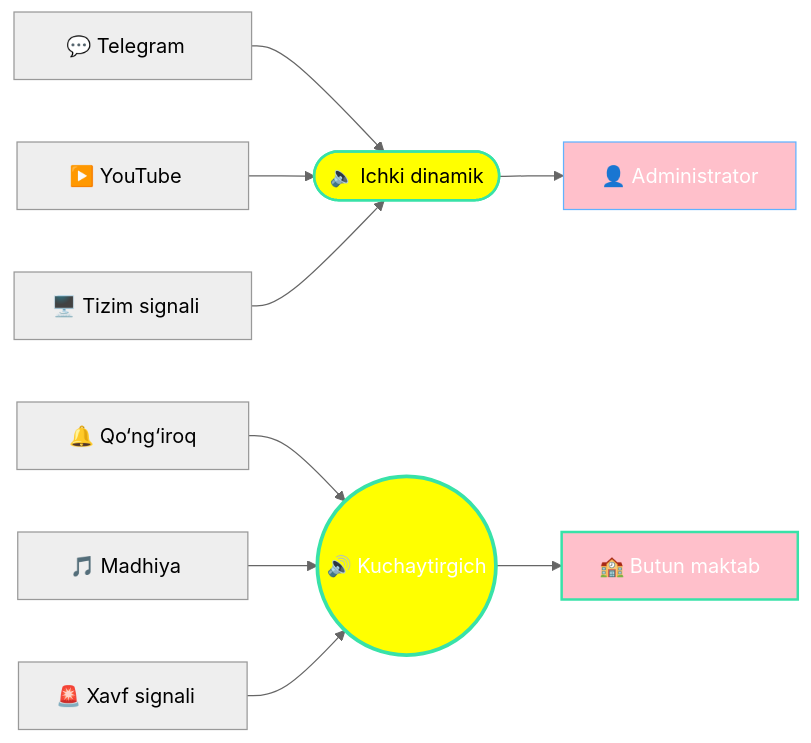
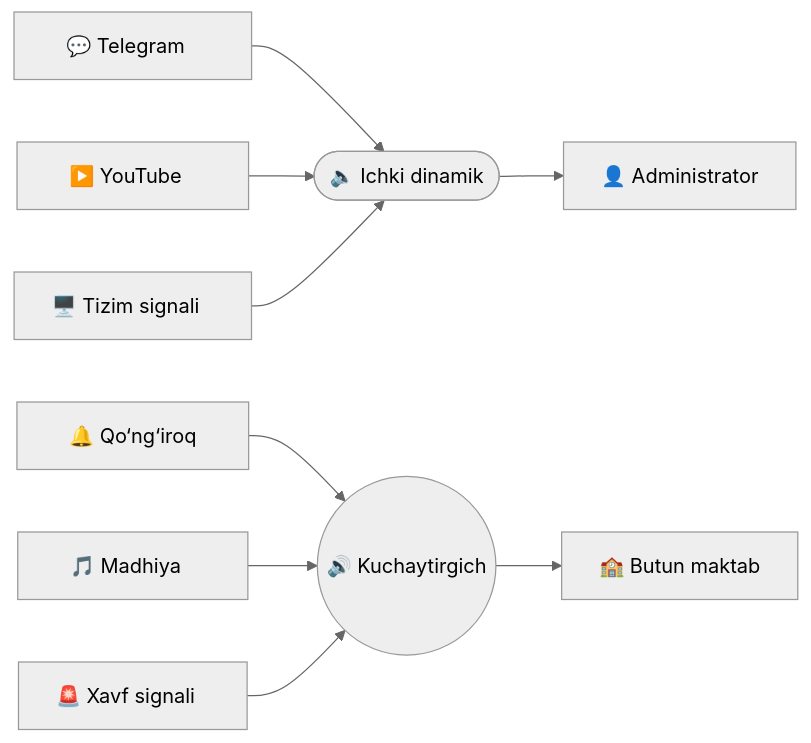
One commit to mr-ikromov/school_bell_system changed the first of 4 diagrams in README.md. Above: the diagram before and after it, drawn with Mermaid (neutral theme).

````diff
--- a/README.md
+++ b/README.md
@@ -65,18 +65,13 @@
 ```mermaid
 %%{init: {'flowchart': {'wrappingWidth': 600}}}%%
 flowchart LR
     T["⠀💬 Telegram⠀⠀"] --> IC(["🔈 Ichki dinamik"])
     Y["⠀▶️ YouTube⠀⠀"] --> IC
     S["🖥️ Tizim signali⠀"] --> IC
     IC --> AD["👤 Administrator"]
 
     B["⠀🔔 Qo‘ng‘iroq⠀"] --> KU(("🔊 Kuchaytirgich"))
     M["⠀🎵 Madhiya⠀⠀"] --> KU
     X["🚨 Xavf signali⠀"] --> KU
     KU --> MK["🏫 Butun maktab"]
-
-    style IC fill:yellow, stroke:#38e2a8, stroke-width:2px,color:black;
-    style AD fill:pink, stroke:#60b2ff, color:#fff
-    style KU fill:yellow, stroke:#38e2a8, stroke-width:3px,color:#fff
-    style MK fill:pink ,stroke:#38e2a8, stroke-width:2px,color:#fff
 ```
````
